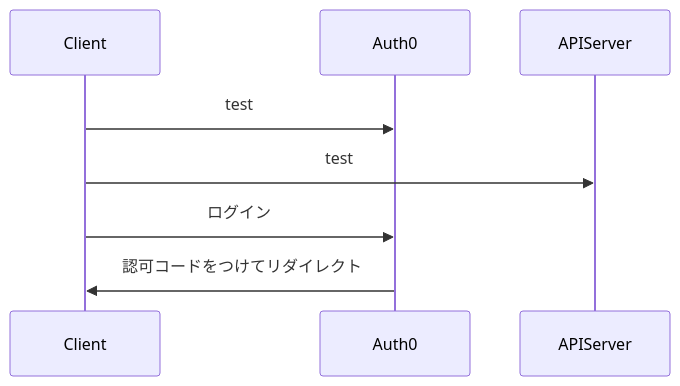
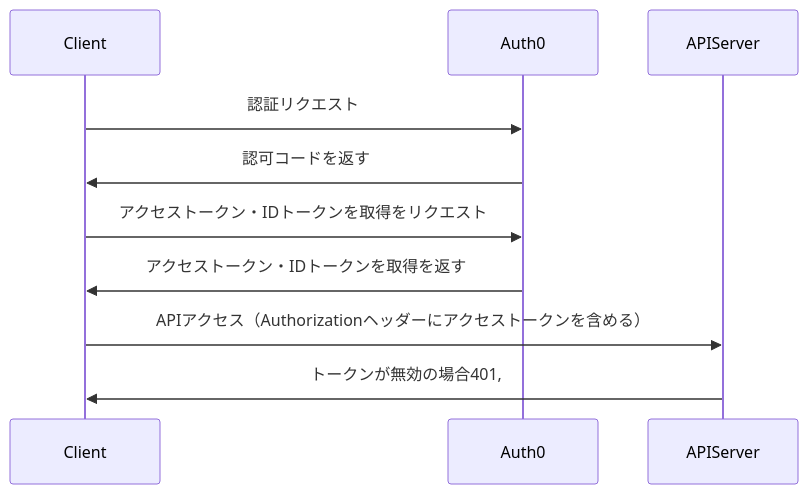
One commit to taigamur/auth_study changed the diagram in frontend/src/components/features/oidc/explain/explain.md. Above: the diagram before and after it, drawn with Mermaid. The commit also changed other lines of this file, not shown here.

````diff
--- a/frontend/src/components/features/oidc/explain/explain.md
+++ b/frontend/src/components/features/oidc/explain/explain.md
@@ -10,10 +8,13 @@
 ```mermaid
 sequenceDiagram
-    Client ->> Auth0: test
-    Client ->> APIServer: test
+    Client ->> Auth0: 認証リクエスト
+    Auth0 ->> Client: 認可コードを返す
 
-    Client ->> Auth0: ログイン
-    Auth0 ->> Client: 認可コードをつけてリダイレクト
+    Client ->> Auth0: アクセストークン・IDトークンを取得をリクエスト
+    Auth0 ->> Client: アクセストークン・IDトークンを取得を返す
 
 
+    Client ->> APIServer: APIアクセス（Authorizationヘッダーにアクセストークンを含める）
+    APIServer ->> Client: トークンが無効の場合401, 
+
 ```
````
